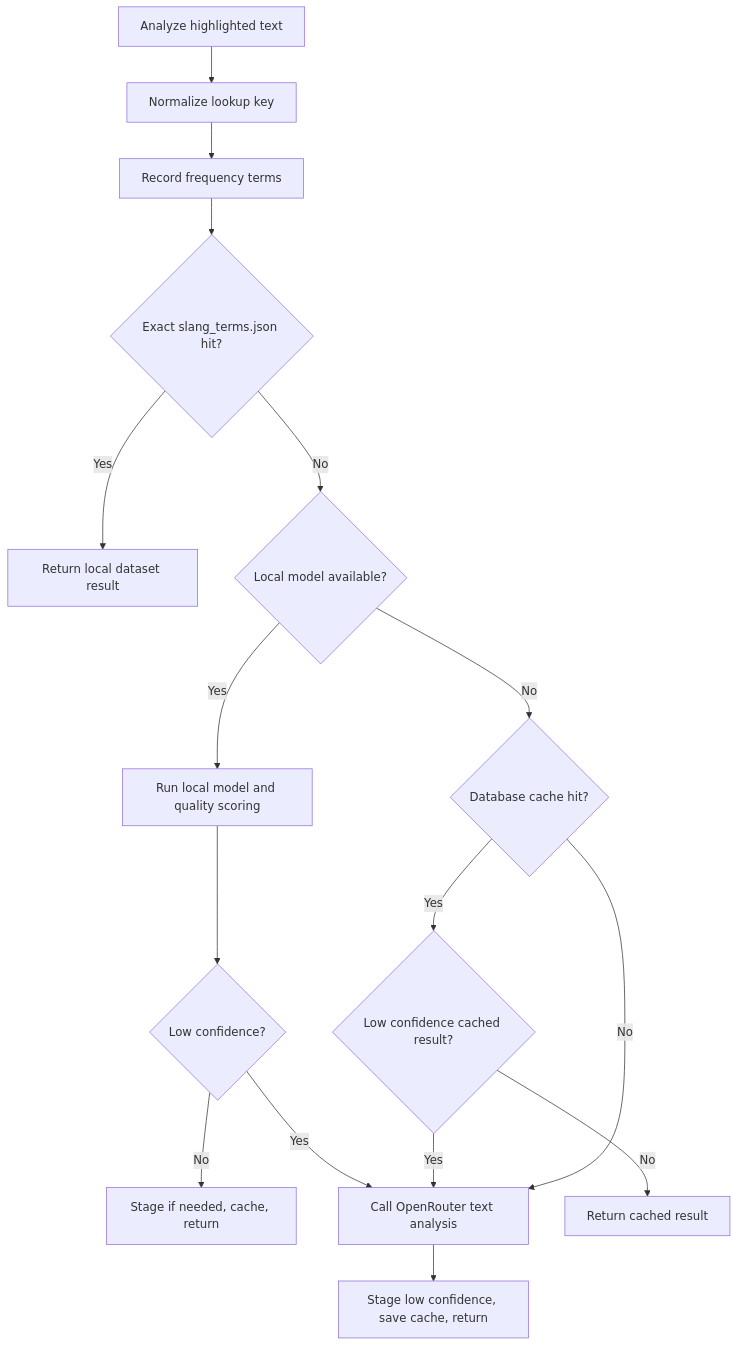
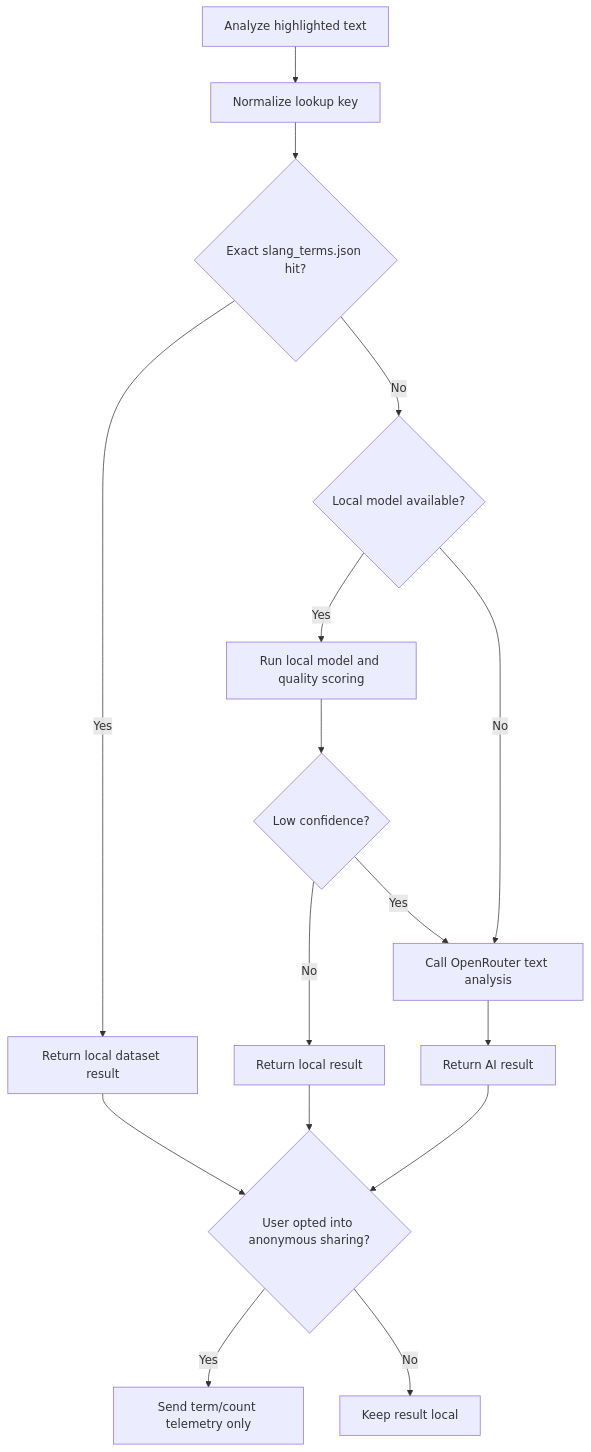
The seventh of 8 diagrams in DESIGN.md (LIMRUIXUAN/brainrot_translator), drawn with Mermaid before and after one commit. The commit also changed other lines of this file and 21 other files, not shown here.

````diff
--- a/DESIGN.md
+++ b/DESIGN.md
@@ -425,18 +425,18 @@
 ```mermaid
 flowchart TD
     A["Analyze highlighted text"] --> B["Normalize lookup key"]
-    B --> C["Record frequency terms"]
-    C --> D{"Exact slang_terms.json hit?"}
+    B --> D{"Exact slang_terms.json hit?"}
     D -->|Yes| E["Return local dataset result"]
     D -->|No| F{"Local model available?"}
     F -->|Yes| G["Run local model and quality scoring"]
     G --> H{"Low confidence?"}
-    H -->|No| I["Stage if needed, cache, return"]
+    H -->|No| I["Return local result"]
     H -->|Yes| J["Call OpenRouter text analysis"]
-    F -->|No| K{"Database cache hit?"}
-    K -->|Yes| L{"Low confidence cached result?"}
-    L -->|No| M["Return cached result"]
-    L -->|Yes| J
-    K -->|No| J
-    J --> N["Stage low confidence, save cache, return"]
+    F -->|No| J
+    J --> N["Return AI result"]
+    E --> O{"User opted into anonymous sharing?"}
+    I --> O
+    N --> O
+    O -->|Yes| P["Send term/count telemetry only"]
+    O -->|No| Q["Keep result local"]
 ```
````
